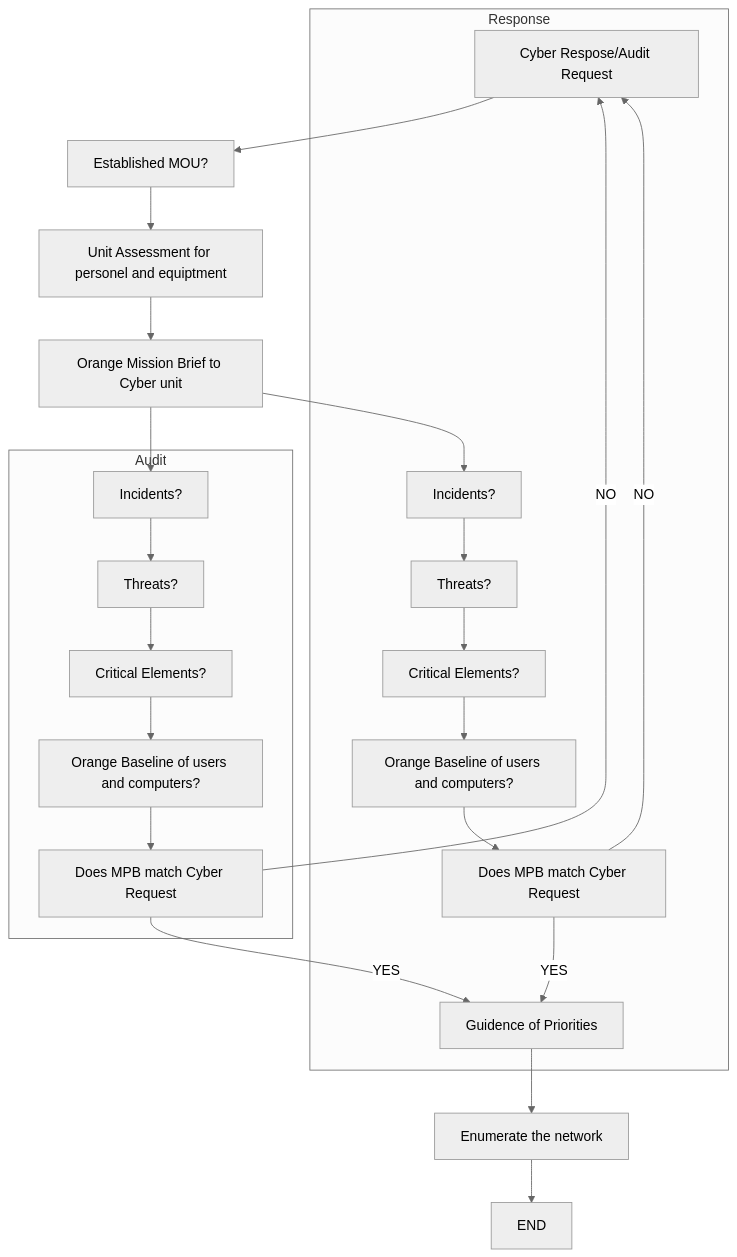
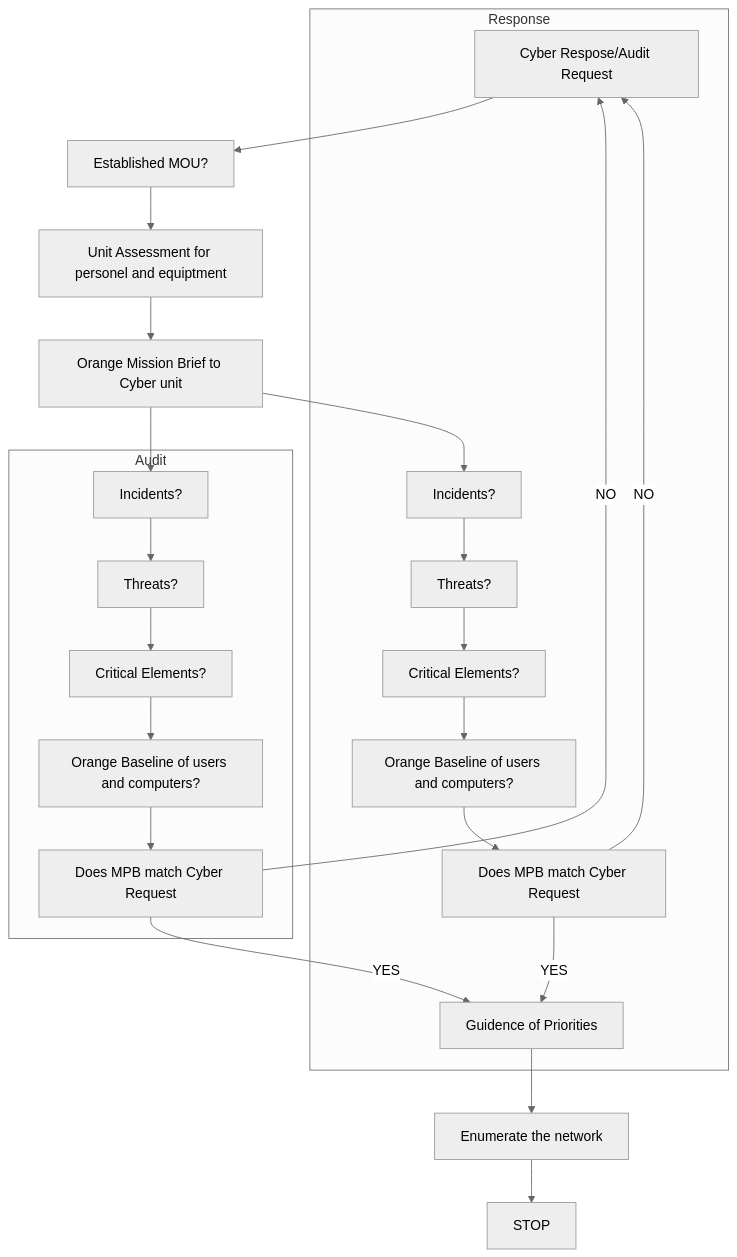
The diagram in flow.md (huntmckay/cyberflow), drawn with Mermaid (neutral theme) before and after one commit.

Commit message:
updates command flow

````diff
--- a/flow.md
+++ b/flow.md
@@ -1,38 +1,38 @@
 ```mermaid
 ---
 Title: Command planning phase
 ---
 flowchart TD
     A[Cyber Respose/Audit Request]
     B[Established MOU?]
     C[Unit Assessment for personel and equiptment]
     D[Orange Mission Brief to Cyber unit]
     H[Guidence of Priorities]
     A --> B
     B --> C
     C --> D
     D --> k1
     D --> r1
     H --> I[Enumerate the network]
-    I --> J[END]
+    I --> J[STOP]
 
     subgraph Response
     r1[Incidents?] --> r2
     r2[Threats?] --> r3
     r3[Critical Elements?] --> r4
     r4[Orange Baseline of users and computers?] --> r5
     r5[Does MPB match Cyber Request]
     r5 --> |NO| A
     r5 --> |YES| H
     end
 
     subgraph Audit
     k1[Incidents?] --> k2
     k2[Threats?] --> k3
     k3[Critical Elements?] --> k4
     k4[Orange Baseline of users and computers?] --> k5
     k5[Does MPB match Cyber Request]
     k5 --> |NO| A
     k5 --> |YES| H
     end
 ```
````
